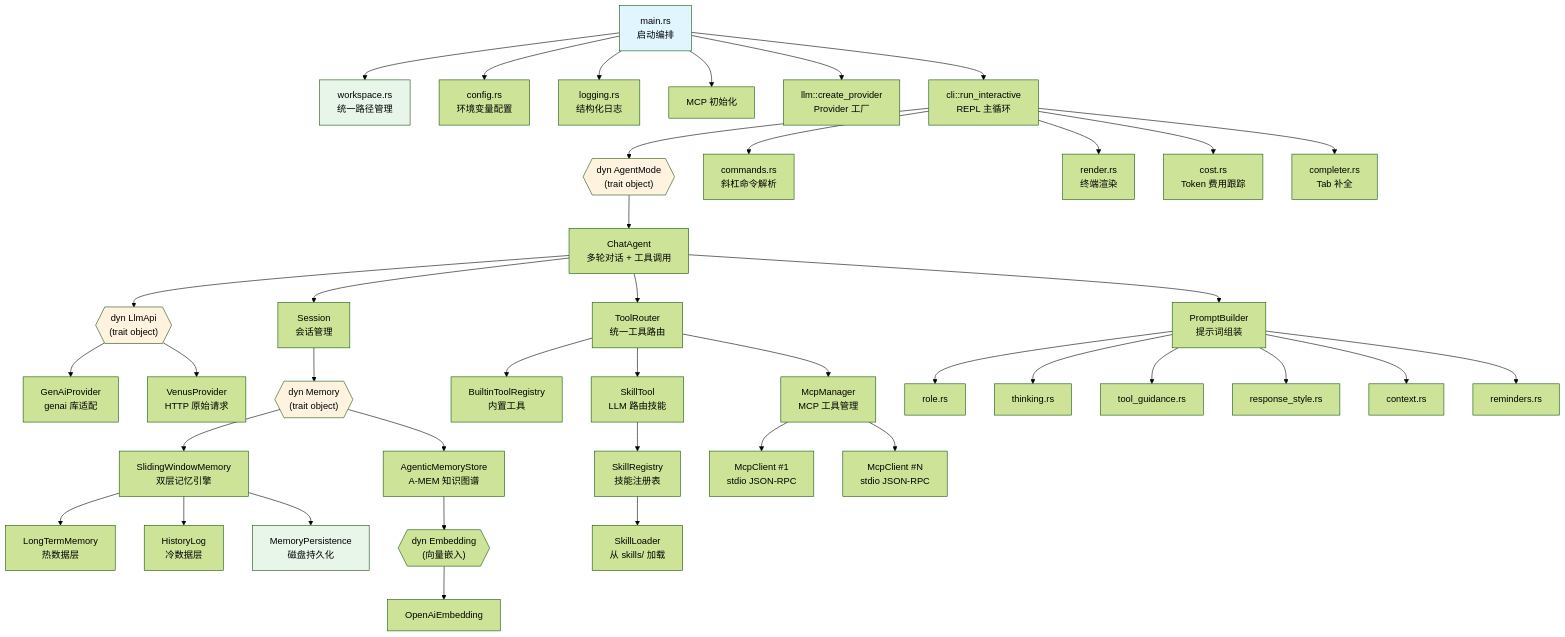
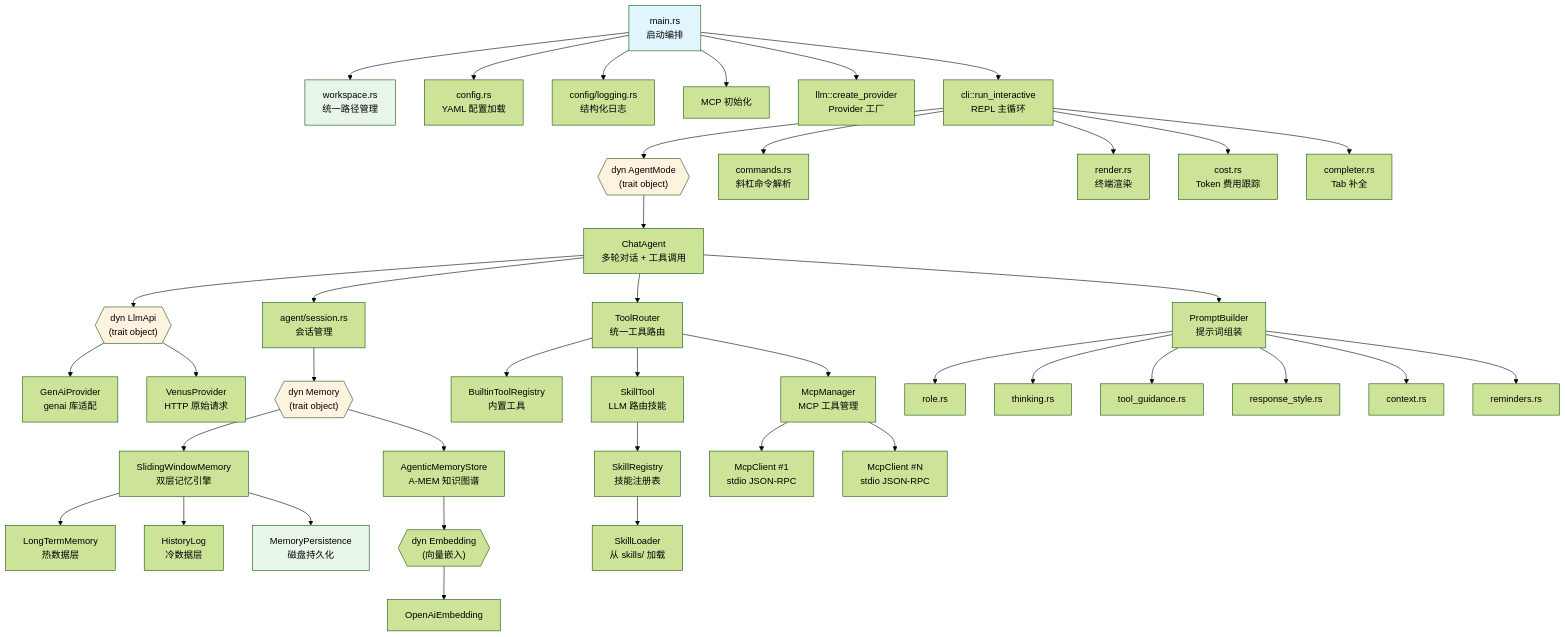
The diagram in ARCHITECTURE.md (darkinsky/daedalus), drawn with Mermaid (forest theme) before and after one commit. The commit also changed other lines of this file and 17 other files, not shown here.

````diff
--- a/ARCHITECTURE.md
+++ b/ARCHITECTURE.md
@@ -9,58 +9,58 @@
 ```mermaid
 graph TD
     Main[main.rs<br/>启动编排] --> Workspace[workspace.rs<br/>统一路径管理]
-    Main --> Config[config.rs<br/>环境变量配置]
-    Main --> Logging[logging.rs<br/>结构化日志]
+    Main --> Config[config.rs<br/>YAML 配置加载]
+    Main --> Logging[config/logging.rs<br/>结构化日志]
     Main --> McpInit[MCP 初始化]
     Main --> LlmFactory[llm::create_provider<br/>Provider 工厂]
     Main --> CLI[cli::run_interactive<br/>REPL 主循环]
 
     CLI --> AgentMode{{"dyn AgentMode<br/>(trait object)"}}
     CLI --> Commands[commands.rs<br/>斜杠命令解析]
     CLI --> Render[render.rs<br/>终端渲染]
     CLI --> Cost[cost.rs<br/>Token 费用跟踪]
     CLI --> Completer[completer.rs<br/>Tab 补全]
 
     AgentMode --> ChatAgent[ChatAgent<br/>多轮对话 + 工具调用]
     ChatAgent --> LlmApi{{"dyn LlmApi<br/>(trait object)"}}
-    ChatAgent --> Session[Session<br/>会话管理]
+    ChatAgent --> Session[agent/session.rs<br/>会话管理]
     ChatAgent --> ToolRouter[ToolRouter<br/>统一工具路由]
     ChatAgent --> PromptBuilder[PromptBuilder<br/>提示词组装]
 
     ToolRouter --> BuiltinTools[BuiltinToolRegistry<br/>内置工具]
     ToolRouter --> SkillTool[SkillTool<br/>LLM 路由技能]
     ToolRouter --> McpManager[McpManager<br/>MCP 工具管理]
 
     SkillTool --> SkillRegistry[SkillRegistry<br/>技能注册表]
     SkillRegistry --> SkillLoader[SkillLoader<br/>从 skills/ 加载]
 
     LlmApi --> GenAi[GenAiProvider<br/>genai 库适配]
     LlmApi --> Venus[VenusProvider<br/>HTTP 原始请求]
 
     Session --> Memory{{"dyn Memory<br/>(trait object)"}}
     Memory --> SlidingWindow[SlidingWindowMemory<br/>双层记忆引擎]
     SlidingWindow --> LTM[LongTermMemory<br/>热数据层]
     SlidingWindow --> HistoryLog[HistoryLog<br/>冷数据层]
     SlidingWindow --> Persistence[MemoryPersistence<br/>磁盘持久化]
 
     Memory --> AgenticMem[AgenticMemoryStore<br/>A-MEM 知识图谱]
     AgenticMem --> EmbeddingTrait{{"dyn Embedding<br/>(向量嵌入)"}}
     EmbeddingTrait --> OpenAiEmbed[OpenAiEmbedding]
 
     McpManager --> McpClient1[McpClient #1<br/>stdio JSON-RPC]
     McpManager --> McpClient2[McpClient #N<br/>stdio JSON-RPC]
 
     PromptBuilder --> RoleSection[role.rs]
     PromptBuilder --> ThinkingSection[thinking.rs]
     PromptBuilder --> ToolSection[tool_guidance.rs]
     PromptBuilder --> StyleSection[response_style.rs]
     PromptBuilder --> ContextSection[context.rs]
     PromptBuilder --> RemindersSection[reminders.rs]
 
     style Main fill:#e1f5fe
     style Workspace fill:#e8f5e9
     style AgentMode fill:#fff3e0
     style LlmApi fill:#fff3e0
     style Memory fill:#fff3e0
     style Persistence fill:#e8f5e9
 ```
````
